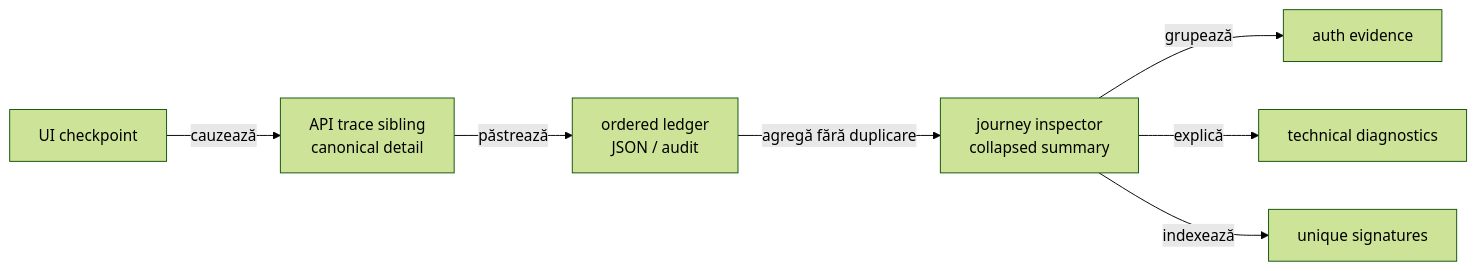
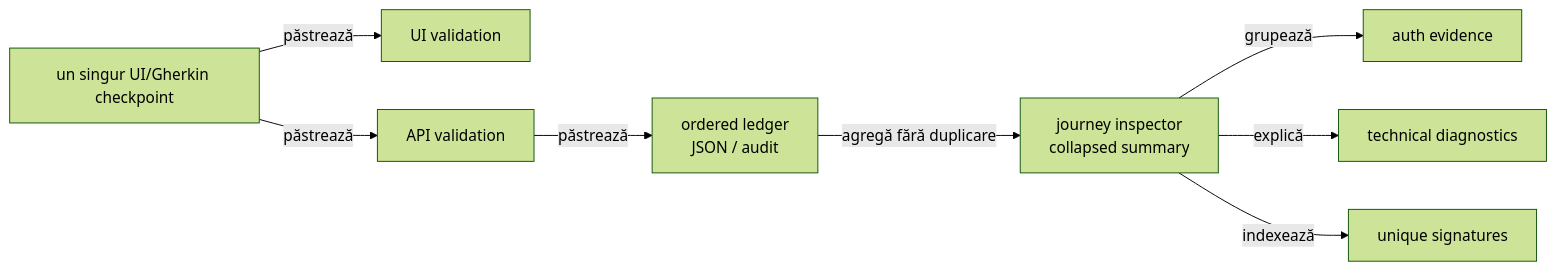
The second of 2 diagrams in docs/feedback/ATF_Request_Traceability_Feedback.md (crististefanita/demo2), drawn with Mermaid (forest theme) before and after one commit. The commit also changed other lines of this file and 65 other files, not shown here.

````diff
--- a/docs/feedback/ATF_Request_Traceability_Feedback.md
+++ b/docs/feedback/ATF_Request_Traceability_Feedback.md
@@ -80,9 +82,10 @@
 ```mermaid
 flowchart LR
-    Checkpoint["UI checkpoint"] -->|cauzează| Sibling["API trace sibling\ncanonical detail"]
-    Sibling -->|păstrează| Ordered["ordered ledger\nJSON / audit"]
+    Checkpoint["un singur UI/Gherkin checkpoint"] -->|păstrează| Ui["UI validation"]
+    Checkpoint -->|păstrează| Api["API validation"]
+    Api -->|păstrează| Ordered["ordered ledger\nJSON / audit"]
     Ordered -->|agregă fără duplicare| Journey["journey inspector\ncollapsed summary"]
     Journey -->|grupează| Auth["auth evidence"]
     Journey -->|explică| Diagnostics["technical diagnostics"]
     Journey -->|indexează| Signatures["unique signatures"]
 ```
````
